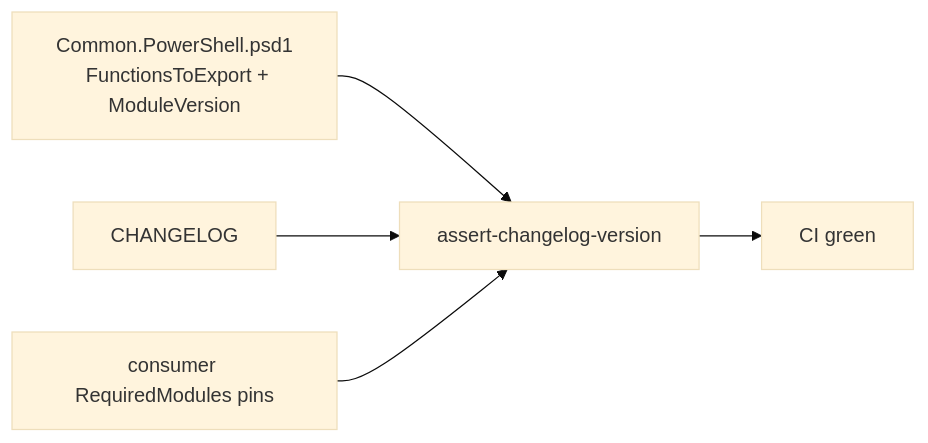
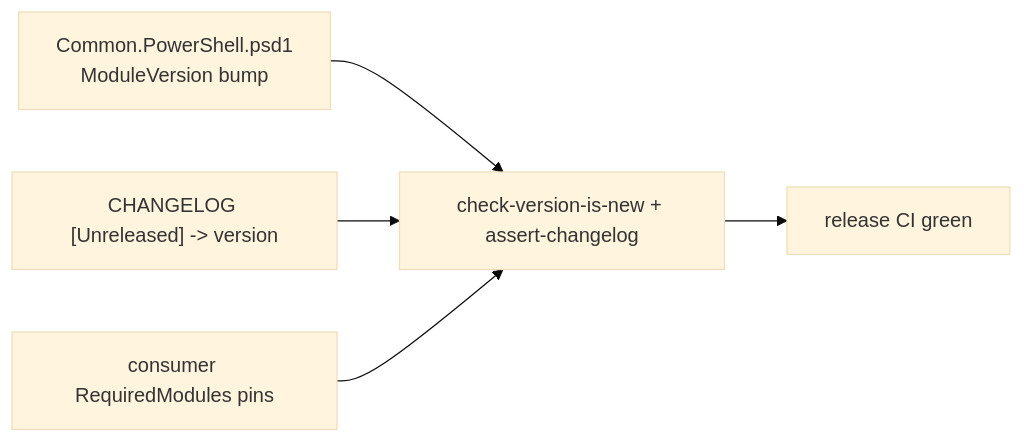
One commit to VitaliiAndreev/Infrastructure-Common changed the fifth of 14 diagrams in docs/dev/implementation/88-cross-process-instrumentation-and-reporting/plan.md. Above: the diagram before and after it, drawn with Mermaid (base theme). The commit also changed other lines of this file and 15 other files, not shown here.

````diff
--- a/docs/dev/implementation/88-cross-process-instrumentation-and-reporting/plan.md
+++ b/docs/dev/implementation/88-cross-process-instrumentation-and-reporting/plan.md
@@ -200,8 +218,8 @@
 ```mermaid
 flowchart LR
   psd1["Common.PowerShell.psd1
-  FunctionsToExport + ModuleVersion"] --> gate["assert-changelog-version"]
-  changelog["CHANGELOG"] --> gate
+  ModuleVersion bump"] --> gate["check-version-is-new + assert-changelog"]
+  changelog["CHANGELOG [Unreleased] -> version"] --> gate
   pins["consumer RequiredModules pins"] --> gate
-  gate --> ok["CI green"]
+  gate --> ok["release CI green"]
 ```
````
